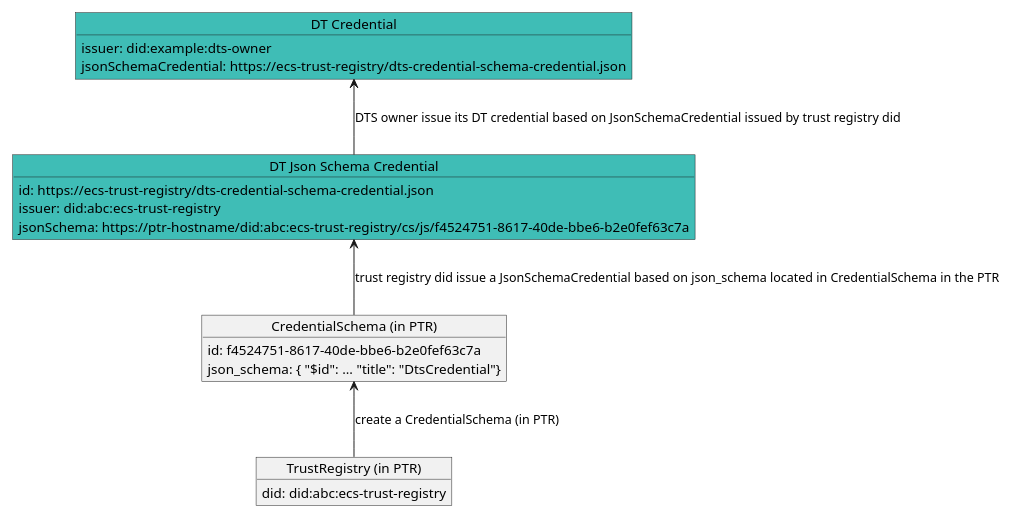
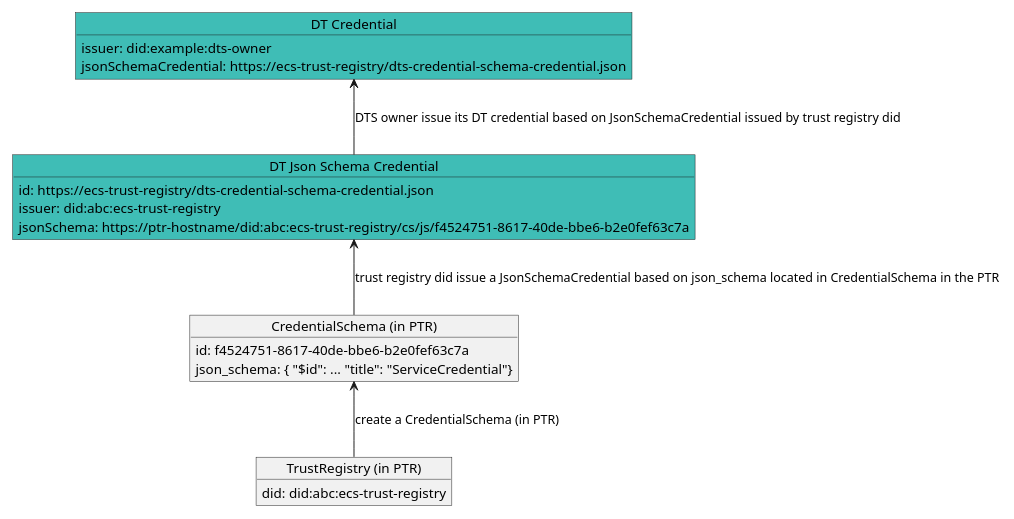
The first of 2 diagrams in spec.md (verana-labs/decentralized-trust-spec), drawn with PlantUML before and after one commit. The commit also changed other lines of this file and 1 other file, not shown here.

````diff
--- a/spec.md
+++ b/spec.md
@@ -514,29 +514,29 @@
 ```plantuml
 
 @startuml
 scale max 800 width
 object "TrustRegistry (in PTR)" as tr {
   did: did:abc:ecs-trust-registry
 }
 object "CredentialSchema (in PTR)" as cs {
   id: f4524751-8617-40de-bbe6-b2e0fef63c7a
-  json_schema: { "$id": ... "title": "DtsCredential"}
+  json_schema: { "$id": ... "title": "ServiceCredential"}
 }
 object "DT Json Schema Credential" as jsc #3fbdb6 {
   id: https://ecs-trust-registry/dts-credential-schema-credential.json
   issuer: did:abc:ecs-trust-registry
   jsonSchema: https://ptr-hostname/did:abc:ecs-trust-registry/cs/js/f4524751-8617-40de-bbe6-b2e0fef63c7a
 }
 
 object "DT Credential" as dtscred #3fbdb6 {
   issuer: did:example:dts-owner
   jsonSchemaCredential: https://ecs-trust-registry/dts-credential-schema-credential.json
 }
 
 cs <-- tr : create a CredentialSchema (in PTR)
 jsc <-- cs : trust registry did issue a JsonSchemaCredential based on json_schema located in CredentialSchema in the PTR
 dtscred <-- jsc: DTS owner issue its DT credential based on JsonSchemaCredential issued by trust registry did
 
 @enduml
 
 ```
````
